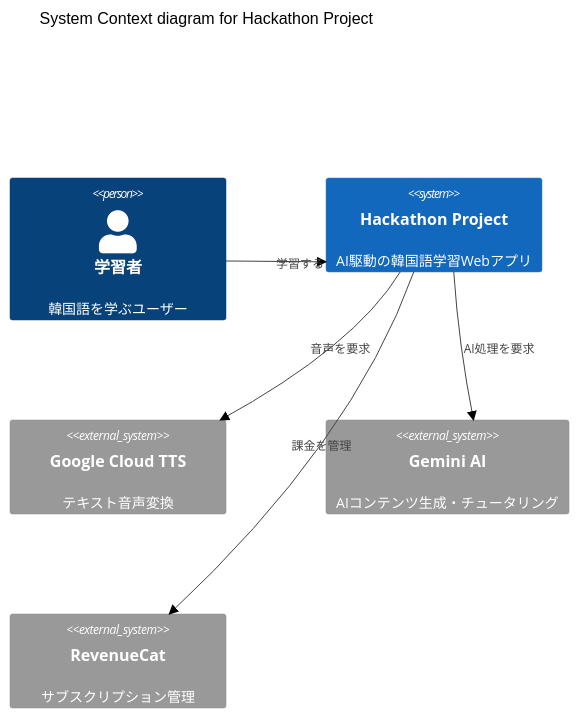
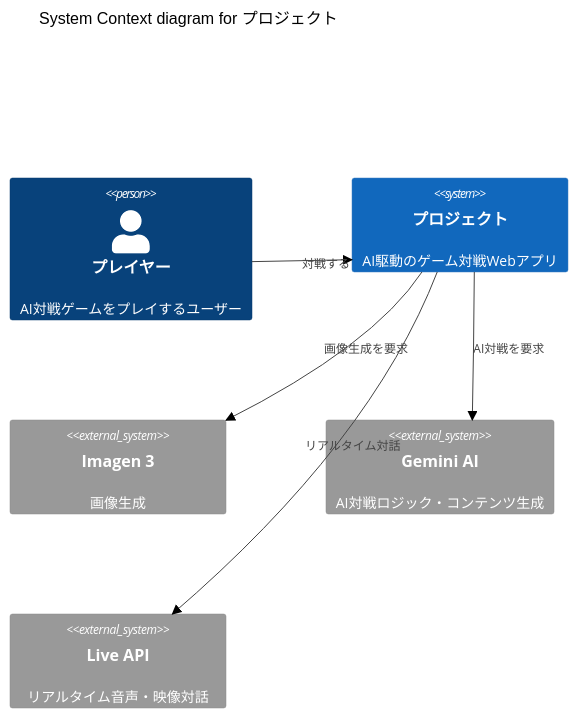
Before and after one commit to buddypia/kaiju-voice: the second of 9 diagrams in .claude/skills/system-designer/references/mermaid-c4-patterns.md, drawn with Mermaid (forest theme). The commit also changed other lines of this file and 353 other files, not shown here.

Commit message:
chore: clean up legacy project references and rename to Hackathon Project

````diff
--- a/.claude/skills/system-designer/references/mermaid-c4-patterns.md
+++ b/.claude/skills/system-designer/references/mermaid-c4-patterns.md
@@ -65,17 +65,17 @@
 ```mermaid
 C4Context
-  title System Context diagram for Hackathon Project
+  title System Context diagram for プロジェクト
 
-  Person(learner, "学習者", "韓国語を学ぶユーザー")
+  Person(player, "プレイヤー", "AI対戦ゲームをプレイするユーザー")
 
-  System(vibeMentorAI, "Hackathon Project", "AI駆動の韓国語学習Webアプリ")
+  System(gameSystem, "プロジェクト", "AI駆動のゲーム対戦Webアプリ")
 
-  System_Ext(googleTTS, "Google Cloud TTS", "テキスト音声変換")
-  System_Ext(geminiAI, "Gemini AI", "AIコンテンツ生成・チュータリング")
-  System_Ext(revenueCat, "RevenueCat", "サブスクリプション管理")
+  System_Ext(imagen3, "Imagen 3", "画像生成")
+  System_Ext(geminiAI, "Gemini AI", "AI対戦ロジック・コンテンツ生成")
+  System_Ext(liveAPI, "Live API", "リアルタイム音声・映像対話")
 
-  Rel(learner, vibeMentorAI, "学習する")
-  Rel(vibeMentorAI, googleTTS, "音声を要求")
-  Rel(vibeMentorAI, geminiAI, "AI処理を要求")
-  Rel(vibeMentorAI, revenueCat, "課金を管理")
+  Rel(player, gameSystem, "対戦する")
+  Rel(gameSystem, imagen3, "画像生成を要求")
+  Rel(gameSystem, geminiAI, "AI対戦を要求")
+  Rel(gameSystem, liveAPI, "リアルタイム対話")
 ```
````
